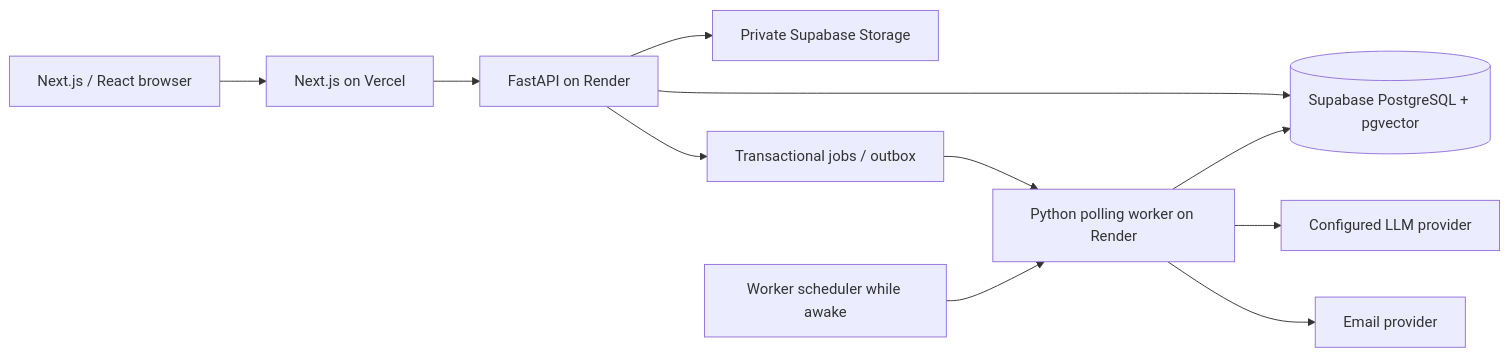
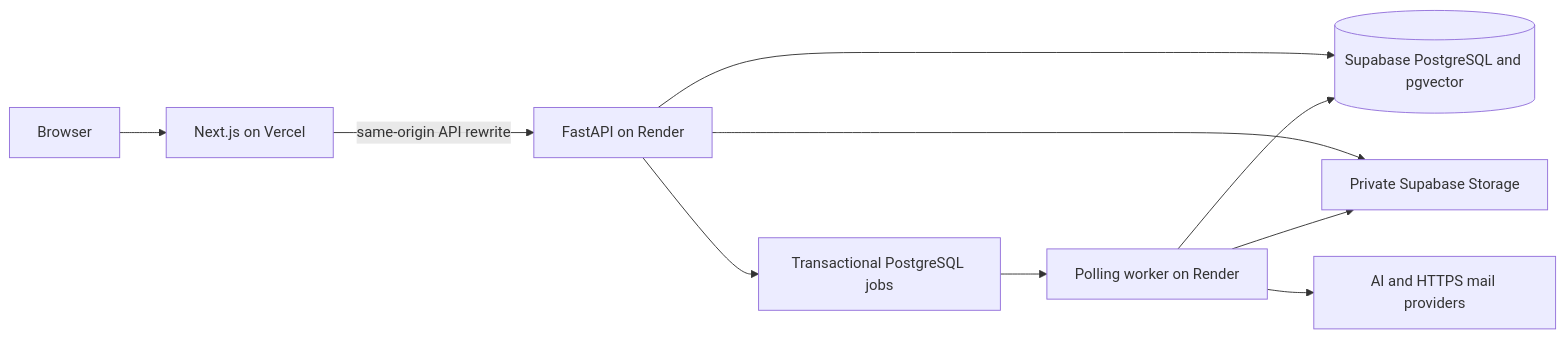
One commit to datphan3201/Notes changed the diagram in docs/migration/personal-ai-planner.md. Above: the diagram before and after it, drawn with Mermaid. The commit also changed other lines of this file and 149 other files, not shown here.

Commit message:
Ship workspace interactions, account flows and synchronized documentation

````diff
--- a/docs/migration/personal-ai-planner.md
+++ b/docs/migration/personal-ai-planner.md
@@ -45,13 +13,12 @@
 ```mermaid
 flowchart LR
-  Browser[Next.js / React browser] --> Web[Next.js on Vercel]
-  Web --> API[FastAPI on Render]
-  API --> DB[(Supabase PostgreSQL + pgvector)]
+  Browser --> Web[Next.js on Vercel]
+  Web -->|same-origin API rewrite| API[FastAPI on Render]
+  API --> DB[(Supabase PostgreSQL and pgvector)]
   API --> Files[Private Supabase Storage]
-  API --> Jobs[Transactional jobs / outbox]
-  Jobs --> Worker[Python polling worker on Render]
+  API --> Jobs[Transactional PostgreSQL jobs]
+  Jobs --> Worker[Polling worker on Render]
   Worker --> DB
-  Worker --> LLM[Configured LLM provider]
-  Worker --> Mail[Email provider]
-  Scheduler[Worker scheduler while awake] --> Worker
+  Worker --> Files
+  Worker --> Provider[AI and HTTPS mail providers]
 ```
````
